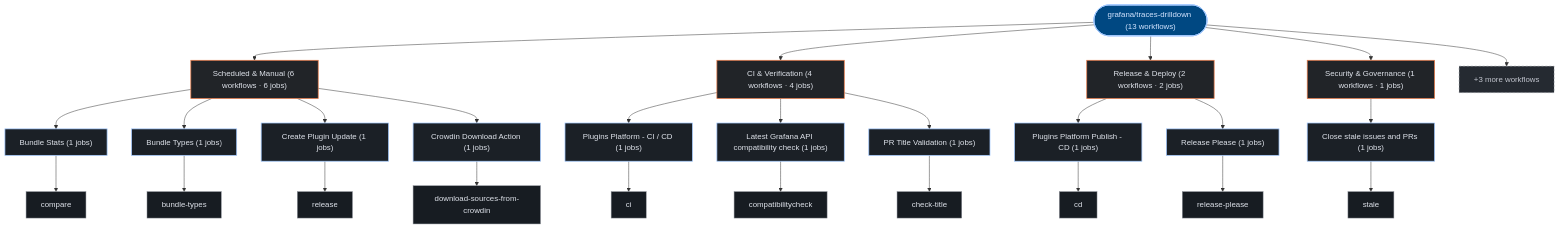
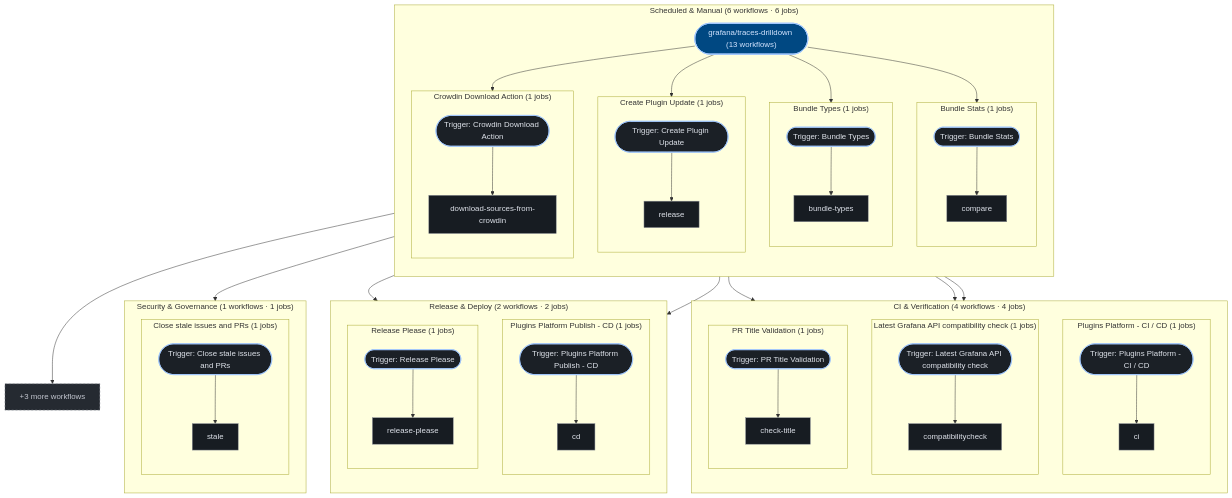
Before and after one commit to kumarshaz/atruss-code-atlas: the third of 3 diagrams in exports/latest/reports/grafana-traces-drilldown-report.md, drawn with Mermaid. The commit also changed 181 other files, not shown here.

````diff
--- a/exports/latest/reports/grafana-traces-drilldown-report.md
+++ b/exports/latest/reports/grafana-traces-drilldown-report.md
@@ -229,54 +229,88 @@
   classDef atlasAlert fill:#93000a,stroke:#ffb4ab,stroke-width:1.5px,color:#ffdad6
   classDef atlasMore fill:#252a31,stroke:#8d9199,stroke-dasharray:4 4,color:#c3c6cf
   pipeline_root(["grafana/traces-drilldown (13 workflows)"]):::atlasRoot
-  grp_0_Scheduled___Manual["Scheduled & Manual (6 workflows · 6 jobs)"]:::atlasCategory
-  pipeline_root --> grp_0_Scheduled___Manual
-  wf_0_Bundle_Stats["Bundle Stats (1 jobs)"]:::atlasWorkflow
-  grp_0_Scheduled___Manual --> wf_0_Bundle_Stats
-  job_0_compare["compare"]:::atlasJob
-  wf_0_Bundle_Stats --> job_0_compare
-  wf_1_Bundle_Types["Bundle Types (1 jobs)"]:::atlasWorkflow
-  grp_0_Scheduled___Manual --> wf_1_Bundle_Types
-  job_1_bundle_types["bundle-types"]:::atlasJob
-  wf_1_Bundle_Types --> job_1_bundle_types
-  wf_4_Create_Plugin_Update["Create Plugin Update (1 jobs)"]:::atlasWorkflow
-  grp_0_Scheduled___Manual --> wf_4_Create_Plugin_Update
-  job_4_release["release"]:::atlasJob
-  wf_4_Create_Plugin_Update --> job_4_release
-  wf_6_Crowdin_Download_Action["Crowdin Download Action (1 jobs)"]:::atlasWorkflow
-  grp_0_Scheduled___Manual --> wf_6_Crowdin_Download_Action
-  job_6_download_sources_from_crowdin["download-sources-from-crowdin"]:::atlasJob
-  wf_6_Crowdin_Download_Action --> job_6_download_sources_from_crowdin
-  grp_1_CI___Verification["CI & Verification (4 workflows · 4 jobs)"]:::atlasCategory
-  pipeline_root --> grp_1_CI___Verification
-  wf_3_Plugins_Platform___CI___CD["Plugins Platform - CI / CD (1 jobs)"]:::atlasWorkflow
-  grp_1_CI___Verification --> wf_3_Plugins_Platform___CI___CD
-  job_3_ci["ci"]:::atlasJob
-  wf_3_Plugins_Platform___CI___CD --> job_3_ci
-  wf_9_Latest_Grafana_API_compatibility_check["Latest Grafana API compatibility check (1 jobs)"]:::atlasWorkflow
-  grp_1_CI___Verification --> wf_9_Latest_Grafana_API_compatibility_check
-  job_9_compatibilitycheck["compatibilitycheck"]:::atlasJob
-  wf_9_Latest_Grafana_API_compatibility_check --> job_9_compatibilitycheck
-  wf_10_PR_Title_Validation["PR Title Validation (1 jobs)"]:::atlasWorkflow
-  grp_1_CI___Verification --> wf_10_PR_Title_Validation
-  job_10_check_title["check-title"]:::atlasJob
-  wf_10_PR_Title_Validation --> job_10_check_title
-  grp_2_Release___Deploy["Release & Deploy (2 workflows · 2 jobs)"]:::atlasCategory
-  pipeline_root --> grp_2_Release___Deploy
-  wf_2_Plugins_Platform_Publish___CD["Plugins Platform Publish - CD (1 jobs)"]:::atlasWorkflow
-  grp_2_Release___Deploy --> wf_2_Plugins_Platform_Publish___CD
-  job_2_cd["cd"]:::atlasJob
-  wf_2_Plugins_Platform_Publish___CD --> job_2_cd
-  wf_11_Release_Please["Release Please (1 jobs)"]:::atlasWorkflow
-  grp_2_Release___Deploy --> wf_11_Release_Please
-  job_11_release_please["release-please"]:::atlasJob
-  wf_11_Release_Please --> job_11_release_please
-  grp_3_Security___Governance["Security & Governance (1 workflows · 1 jobs)"]:::atlasCategory
-  pipeline_root --> grp_3_Security___Governance
-  wf_12_Close_stale_issues_and_PRs["Close stale issues and PRs (1 jobs)"]:::atlasWorkflow
-  grp_3_Security___Governance --> wf_12_Close_stale_issues_and_PRs
-  job_12_stale["stale"]:::atlasJob
-  wf_12_Close_stale_issues_and_PRs --> job_12_stale
+  subgraph sg_grp_0_Scheduled___Manual["Scheduled & Manual (6 workflows · 6 jobs)"]
+    direction TB
+    subgraph sg_wf_0_Bundle_Stats["Bundle Stats (1 jobs)"]
+      direction TB
+      wf_0_Bundle_Stats(["Trigger: Bundle Stats"]):::atlasWorkflow
+      job_0_compare["compare"]:::atlasJob
+      wf_0_Bundle_Stats --> job_0_compare
+    end
+    pipeline_root --> wf_0_Bundle_Stats
+    subgraph sg_wf_1_Bundle_Types["Bundle Types (1 jobs)"]
+      direction TB
+      wf_1_Bundle_Types(["Trigger: Bundle Types"]):::atlasWorkflow
+      job_1_bundle_types["bundle-types"]:::atlasJob
+      wf_1_Bundle_Types --> job_1_bundle_types
+    end
+    pipeline_root --> wf_1_Bundle_Types
+    subgraph sg_wf_4_Create_Plugin_Update["Create Plugin Update (1 jobs)"]
+      direction TB
+      wf_4_Create_Plugin_Update(["Trigger: Create Plugin Update"]):::atlasWorkflow
+      job_4_release["release"]:::atlasJob
+      wf_4_Create_Plugin_Update --> job_4_release
+    end
+    pipeline_root --> wf_4_Create_Plugin_Update
+    subgraph sg_wf_6_Crowdin_Download_Action["Crowdin Download Action (1 jobs)"]
+      direction TB
+      wf_6_Crowdin_Download_Action(["Trigger: Crowdin Download Action"]):::atlasWorkflow
+      job_6_download_sources_from_crowdin["download-sources-from-crowdin"]:::atlasJob
+      wf_6_Crowdin_Download_Action --> job_6_download_sources_from_crowdin
+    end
+    pipeline_root --> wf_6_Crowdin_Download_Action
+  end
+  subgraph sg_grp_1_CI___Verification["CI & Verification (4 workflows · 4 jobs)"]
+    direction TB
+    subgraph sg_wf_3_Plugins_Platform___CI___CD["Plugins Platform - CI / CD (1 jobs)"]
+      direction TB
+      wf_3_Plugins_Platform___CI___CD(["Trigger: Plugins Platform - CI / CD"]):::atlasWorkflow
+      job_3_ci["ci"]:::atlasJob
+      wf_3_Plugins_Platform___CI___CD --> job_3_ci
+    end
+    pipeline_root --> wf_3_Plugins_Platform___CI___CD
+    subgraph sg_wf_9_Latest_Grafana_API_compatibility_check["Latest Grafana API compatibility check (1 jobs)"]
+      direction TB
+      wf_9_Latest_Grafana_API_compatibility_check(["Trigger: Latest Grafana API compatibility check"]):::atlasWorkflow
+      job_9_compatibilitycheck["compatibilitycheck"]:::atlasJob
+      wf_9_Latest_Grafana_API_compatibility_check --> job_9_compatibilitycheck
+    end
+    pipeline_root --> wf_9_Latest_Grafana_API_compatibility_check
+    subgraph sg_wf_10_PR_Title_Validation["PR Title Validation (1 jobs)"]
+      direction TB
+      wf_10_PR_Title_Validation(["Trigger: PR Title Validation"]):::atlasWorkflow
+      job_10_check_title["check-title"]:::atlasJob
+      wf_10_PR_Title_Validation --> job_10_check_title
+    end
+    pipeline_root --> wf_10_PR_Title_Validation
+  end
+  subgraph sg_grp_2_Release___Deploy["Release & Deploy (2 workflows · 2 jobs)"]
+    direction TB
+    subgraph sg_wf_2_Plugins_Platform_Publish___CD["Plugins Platform Publish - CD (1 jobs)"]
+      direction TB
+      wf_2_Plugins_Platform_Publish___CD(["Trigger: Plugins Platform Publish - CD"]):::atlasWorkflow
+      job_2_cd["cd"]:::atlasJob
+      wf_2_Plugins_Platform_Publish___CD --> job_2_cd
+    end
+    pipeline_root --> wf_2_Plugins_Platform_Publish___CD
+    subgraph sg_wf_11_Release_Please["Release Please (1 jobs)"]
+      direction TB
+      wf_11_Release_Please(["Trigger: Release Please"]):::atlasWorkflow
+      job_11_release_please["release-please"]:::atlasJob
+      wf_11_Release_Please --> job_11_release_please
+    end
+    pipeline_root --> wf_11_Release_Please
+  end
+  subgraph sg_grp_3_Security___Governance["Security & Governance (1 workflows · 1 jobs)"]
+    direction TB
+    subgraph sg_wf_12_Close_stale_issues_and_PRs["Close stale issues and PRs (1 jobs)"]
+      direction TB
+      wf_12_Close_stale_issues_and_PRs(["Trigger: Close stale issues and PRs"]):::atlasWorkflow
+      job_12_stale["stale"]:::atlasJob
+      wf_12_Close_stale_issues_and_PRs --> job_12_stale
+    end
+    pipeline_root --> wf_12_Close_stale_issues_and_PRs
+  end
   wf_more["+3 more workflows"]:::atlasMore
   pipeline_root --> wf_more
 ```
````
